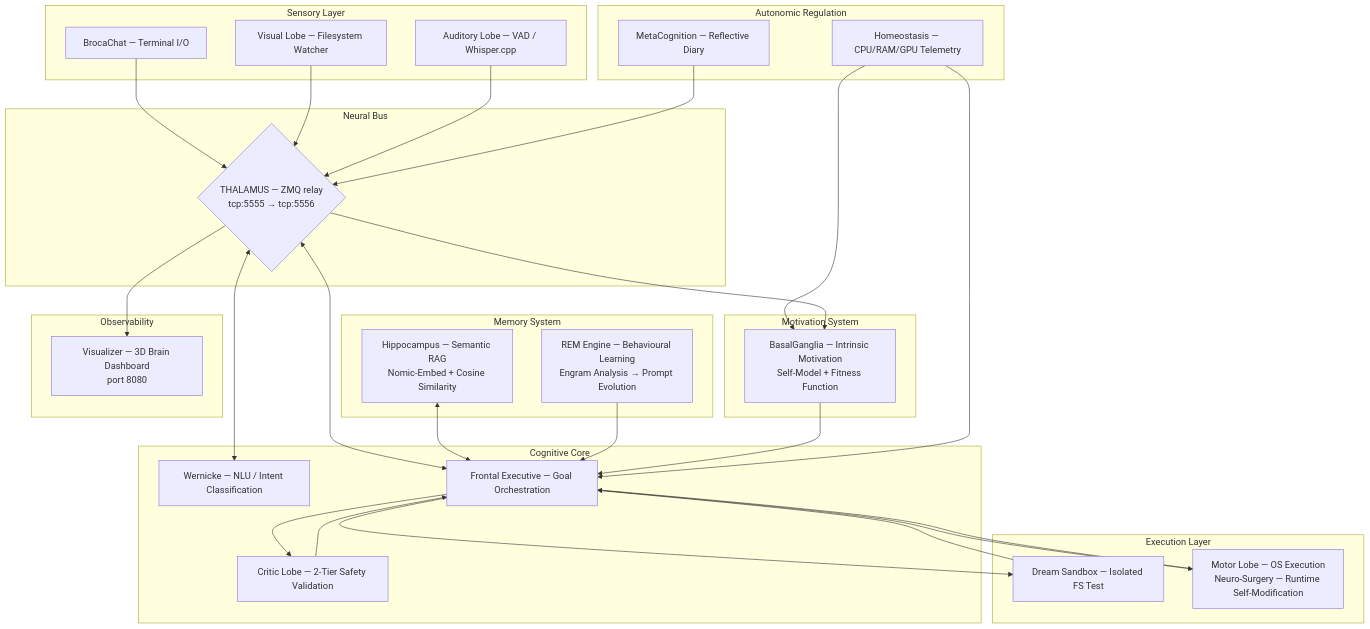
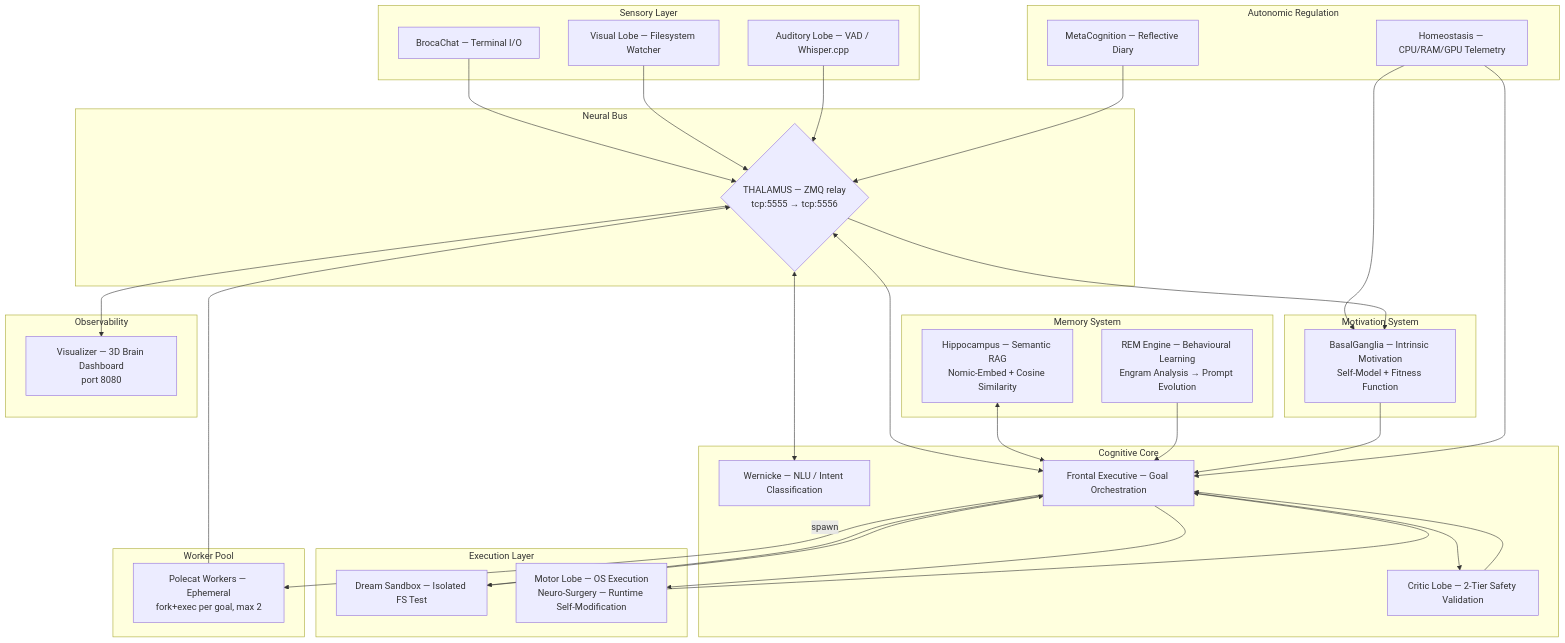
The diagram in README.md (jpmlima/NeuroSwarm), drawn with Mermaid before and after one commit. The commit also changed other lines of this file and 5 other files, not shown here.

First line of the commit message:
feat: add Polecat workers — ephemeral fork+exec'd processes for parallel goal execution

````diff
--- a/README.md
+++ b/README.md
@@ -40,58 +40,64 @@
 ```mermaid
 graph TD
     subgraph "Sensory Layer"
         UI[BrocaChat — Terminal I/O]
         VL[Visual Lobe — Filesystem Watcher]
         AL[Auditory Lobe — VAD / Whisper.cpp]
     end
 
     subgraph "Neural Bus"
         TH{THALAMUS — ZMQ relay\ntcp:5555 → tcp:5556}
     end
 
     subgraph "Cognitive Core"
         WN[Wernicke — NLU / Intent Classification]
         FE[Frontal Executive — Goal Orchestration]
         CL[Critic Lobe — 2-Tier Safety Validation]
     end
 
     subgraph "Memory System"
         HP[Hippocampus — Semantic RAG\nNomic-Embed + Cosine Similarity]
         REM[REM Engine — Behavioural Learning\nEngram Analysis → Prompt Evolution]
     end
 
     subgraph "Execution Layer"
         DS[Dream Sandbox — Isolated FS Test]
         MT[Motor Lobe — OS Execution\nNeuro-Surgery — Runtime Self-Modification]
     end
 
+    subgraph "Worker Pool"
+        PW[Polecat Workers — Ephemeral\nfork+exec per goal, max 2]
+    end
+
     subgraph "Motivation System"
         BG[BasalGanglia — Intrinsic Motivation\nSelf-Model + Fitness Function]
     end
 
     subgraph "Autonomic Regulation"
         HM[Homeostasis — CPU/RAM/GPU Telemetry]
         MC[MetaCognition — Reflective Diary]
     end
 
     subgraph "Observability"
         VZ[Visualizer — 3D Brain Dashboard\nport 8080]
     end
 
     UI --> TH
     VL --> TH
     AL --> TH
     TH <--> WN
     TH <--> FE
     FE --> CL --> FE
     FE --> DS --> FE
     FE --> MT --> FE
     HP <--> FE
     REM --> FE
     BG --> FE
+    FE -->|spawn| PW
+    PW --> TH
     HM --> BG
     HM --> FE
     MC --> TH
     TH --> VZ
     TH --> BG
 ```
````
